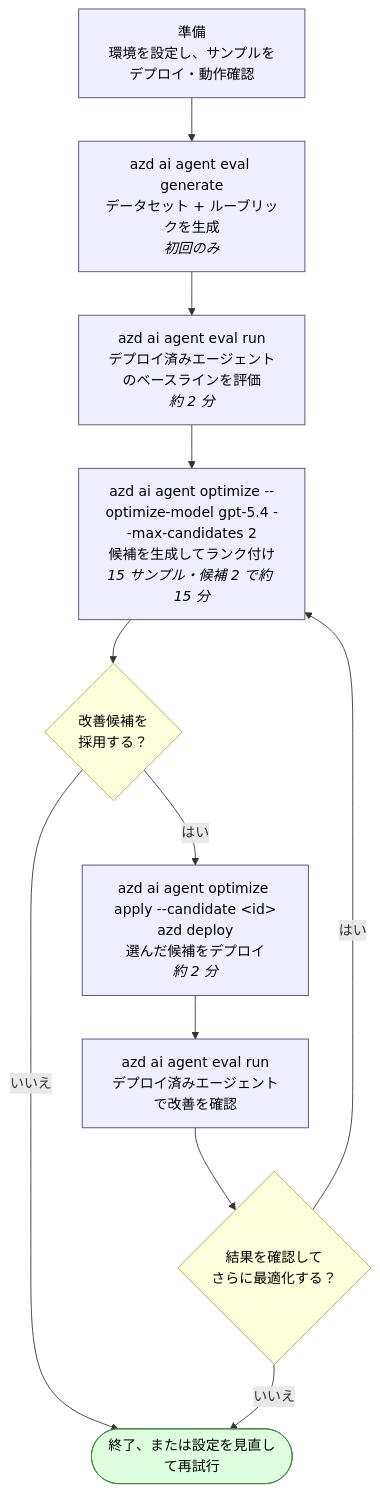
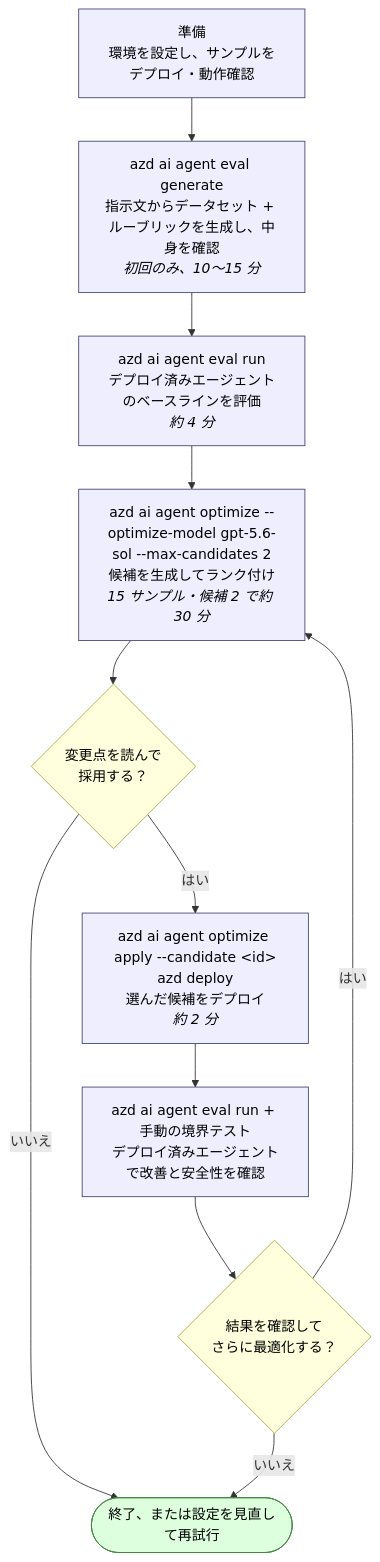
One commit to tniita/optimization-travel-approval-agent changed the diagram in README.md. Above: the diagram before and after it, drawn with Mermaid. The commit also changed other lines of this file and 11 other files, not shown here.

````diff
--- a/README.md
+++ b/README.md
@@ -28,20 +28,20 @@
 ```mermaid
 flowchart TD
     P["準備<br/>環境を設定し、サンプルをデプロイ・動作確認"] --> A
-    A["azd ai agent eval generate<br/>データセット + ルーブリックを生成<br/><i>初回のみ</i>"] --> B
-    B["azd ai agent eval run<br/>デプロイ済みエージェントのベースラインを評価<br/><i>約 2 分</i>"] --> C
-    C["azd ai agent optimize --optimize-model gpt-5.4 --max-candidates 2<br/>候補を生成してランク付け<br/><i>15 サンプル・候補 2 で約 15 分</i>"] --> H{"改善候補を<br/>採用する？"}
+    A["azd ai agent eval generate<br/>指示文からデータセット + ルーブリックを生成し、中身を確認<br/><i>初回のみ、10〜15 分</i>"] --> B
+    B["azd ai agent eval run<br/>デプロイ済みエージェントのベースラインを評価<br/><i>約 4 分</i>"] --> C
+    C["azd ai agent optimize --optimize-model gpt-5.6-sol --max-candidates 2<br/>候補を生成してランク付け<br/><i>15 サンプル・候補 2 で約 30 分</i>"] --> H{"変更点を読んで<br/>採用する？"}
     H -- はい --> D
     H -- いいえ --> G(["終了、または設定を見直して再試行"])
     D["azd ai agent optimize apply --candidate &lt;id&gt;<br/>azd deploy<br/>選んだ候補をデプロイ<br/><i>約 2 分</i>"] --> E
-    E["azd ai agent eval run<br/>デプロイ済みエージェントで改善を確認"] --> F{"結果を確認して<br/>さらに最適化する？"}
+    E["azd ai agent eval run + 手動の境界テスト<br/>デプロイ済みエージェントで改善と安全性を確認"] --> F{"結果を確認して<br/>さらに最適化する？"}
     F -- はい --> C
     F -- いいえ --> G
 
     classDef cmd fill:#eef,stroke:#447,stroke-width:1px,color:#000;
     classDef decision fill:#ffd,stroke:#aa4,stroke-width:1px,color:#000;
     classDef done fill:#dfd,stroke:#484,stroke-width:1px,color:#000;
     class P,A,B,C,D,E cmd;
     class H,F decision;
     class G done;
 ```
````
